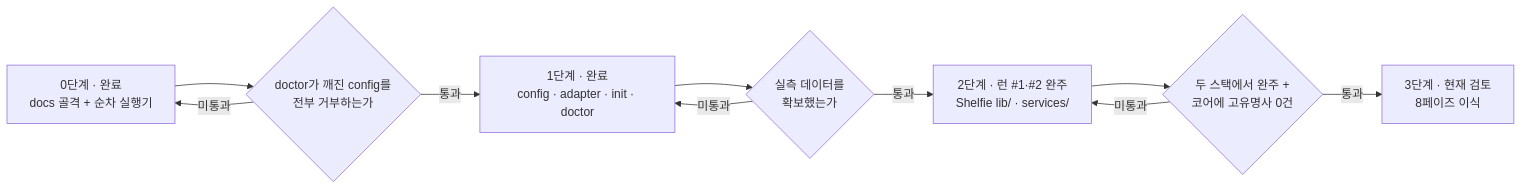
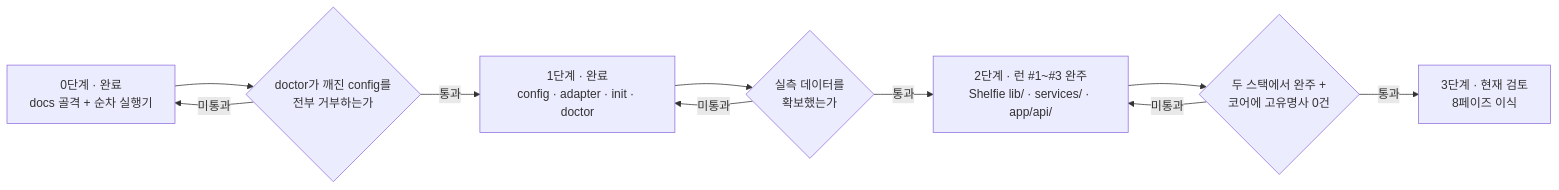
The first of 2 diagrams in docs/harness/ROADMAP.md (hyuham1335-stack/banana-island-ops), drawn with Mermaid before and after one commit. The commit also changed other lines of this file and 2 other files, not shown here.

````diff
--- a/docs/harness/ROADMAP.md
+++ b/docs/harness/ROADMAP.md
@@ -50,18 +50,18 @@
 ```mermaid
 flowchart LR
     S0["0단계 · 완료<br/>docs 골격 + 순차 실행기"]
     S1["1단계 · 완료<br/>config · adapter · init · doctor"]
-    S2["2단계 · 런 #1·#2 완주<br/>Shelfie lib/ · services/"]
+    S2["2단계 · 런 #1~#3 완주<br/>Shelfie lib/ · services/ · app/api/"]
     S3["3단계 · 현재 검토<br/>8페이즈 이식"]
 
     S0 --> G1{"doctor가 깨진 config를<br/>전부 거부하는가"}
     G1 -->|통과| S1
     S1 --> G2{"실측 데이터를<br/>확보했는가"}
     G2 -->|통과| S2
     S2 --> G3{"두 스택에서 완주 +<br/>코어에 고유명사 0건"}
     G3 -->|통과| S3
 
     G1 -->|미통과| S0
     G2 -->|미통과| S1
     G3 -->|미통과| S2
 ```
````
